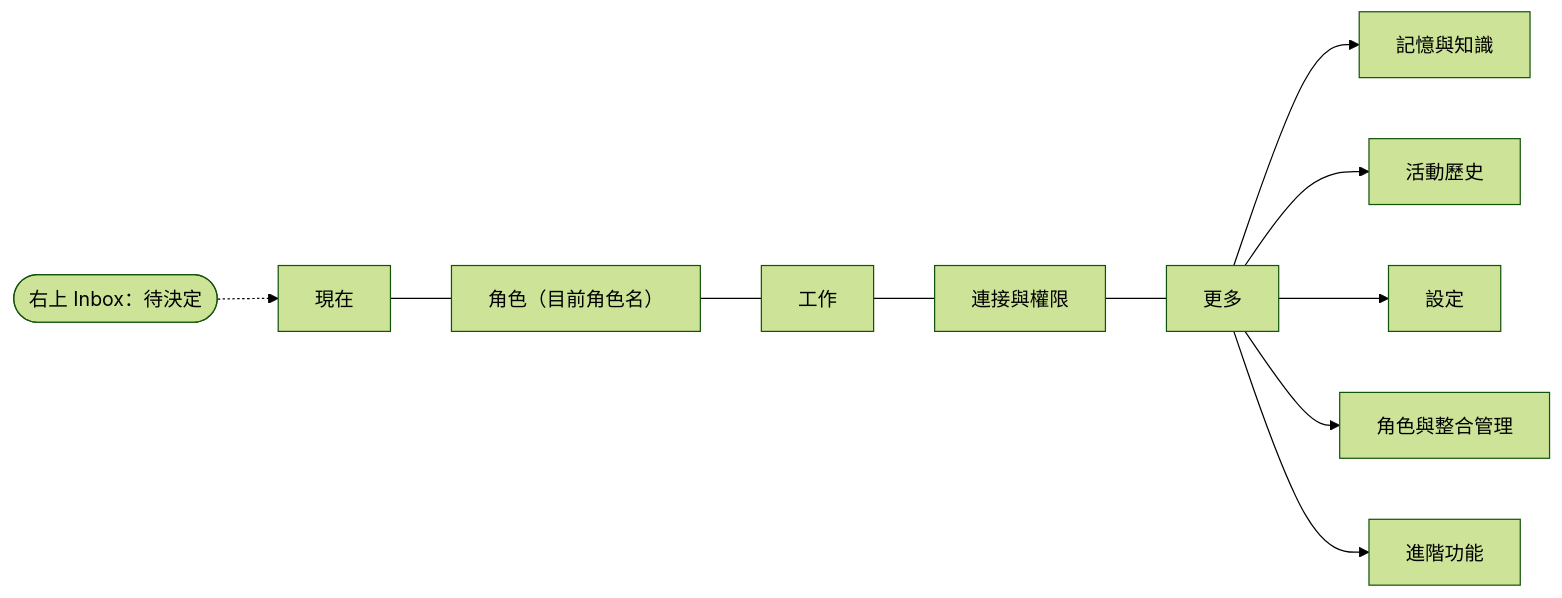
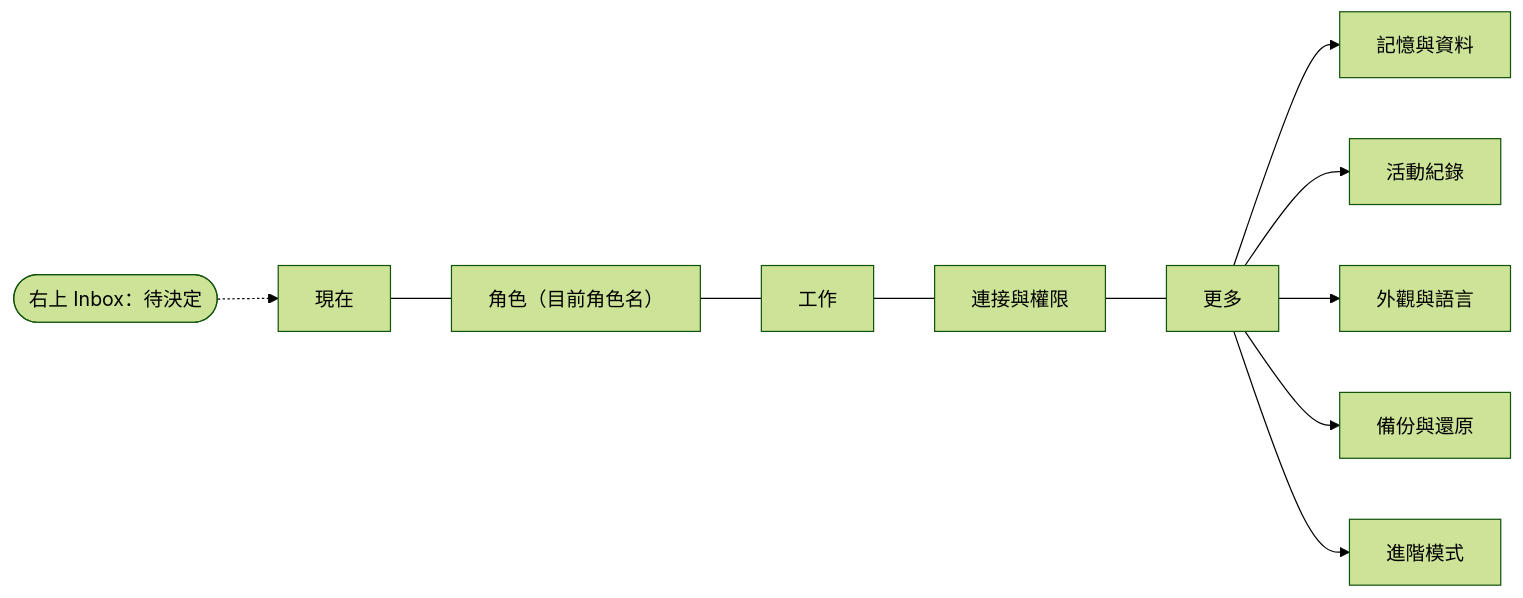
Before and after one commit to miles990/adaptive-interaction: the first of 3 diagrams in docs/DESKTOP-GUIDE.md, drawn with Mermaid (forest theme). The commit also changed other lines of this file and 95 other files, not shown here.

````diff
--- a/docs/DESKTOP-GUIDE.md
+++ b/docs/DESKTOP-GUIDE.md
@@ -144,13 +154,13 @@
 ```mermaid
 flowchart LR
     Now[現在] --- Char[角色（目前角色名）]
     Char --- Work[工作]
     Work --- Conn[連接與權限]
     Conn --- More[更多]
     Inbox([右上 Inbox：待決定]) -.-> Now
-    More --> M1[記憶與知識]
-    More --> M2[活動歷史]
-    More --> M3[設定]
-    More --> M4[角色與整合管理]
-    More --> M5[進階功能]
+    More --> M1[記憶與資料]
+    More --> M2[活動紀錄]
+    More --> M3[外觀與語言]
+    More --> M4[備份與還原]
+    More --> M5[進階模式]
 ```
````
